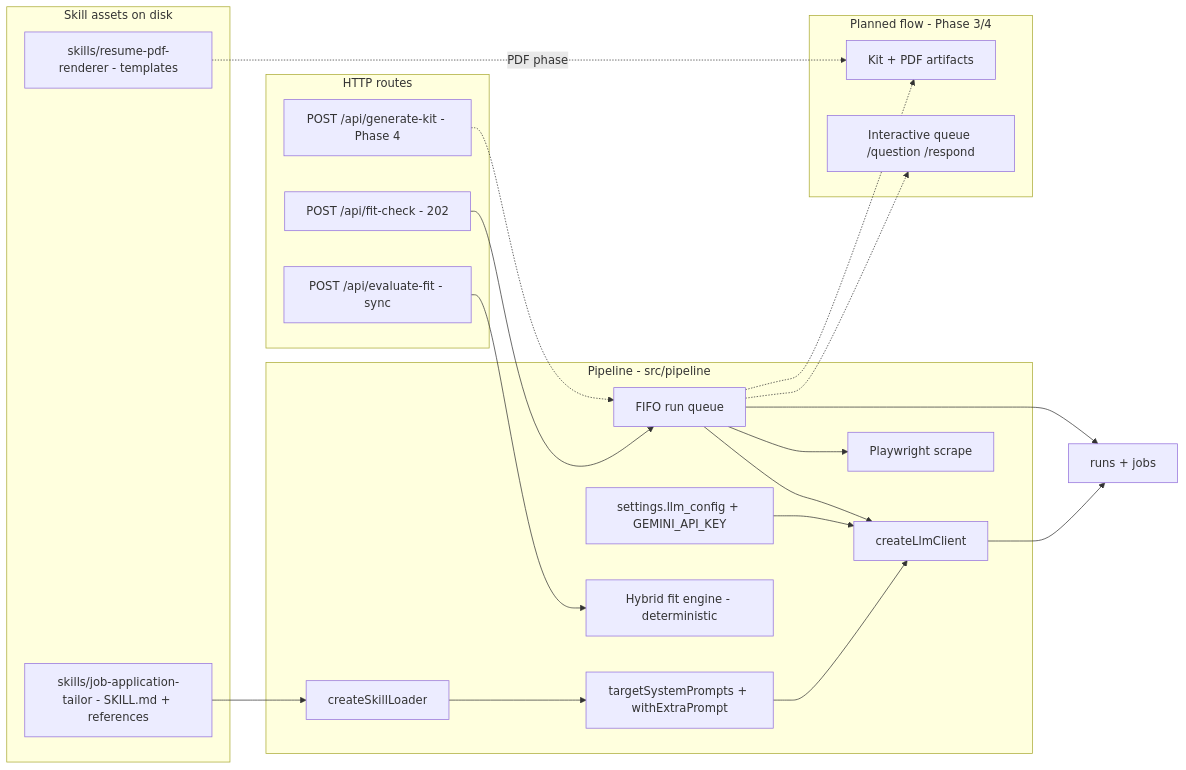
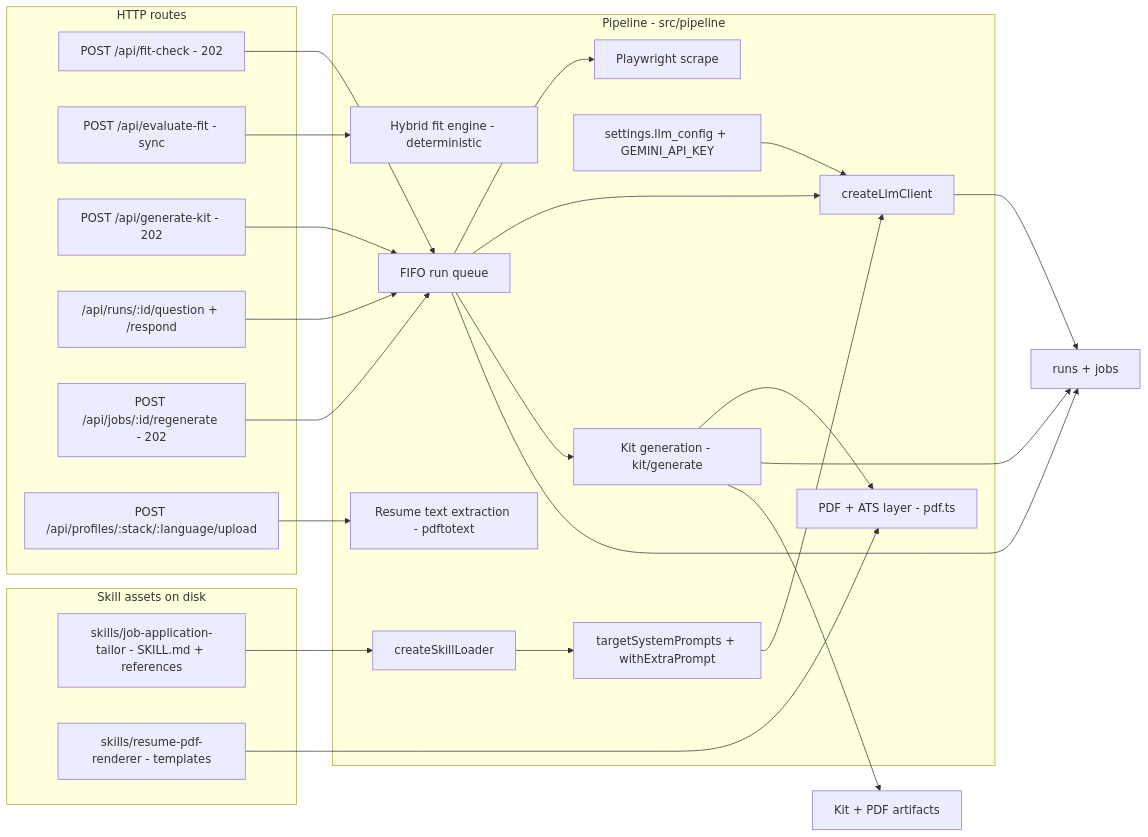
The fifth of 7 diagrams in docs/architecture.md (HDias/job-search), drawn with Mermaid before and after one commit. The commit also changed other lines of this file and 115 other files, not shown here.

````diff
--- a/docs/architecture.md
+++ b/docs/architecture.md
@@ -166,43 +168,49 @@
 ```mermaid
 flowchart LR
   subgraph ASSETS["Skill assets on disk"]
     SKILL["skills/job-application-tailor - SKILL.md + references"]
     TEMPLATES["skills/resume-pdf-renderer - templates"]
   end
 
   subgraph PORT["Pipeline - src/pipeline"]
     LOADER["createSkillLoader"]
     PROMPTS["targetSystemPrompts + withExtraPrompt"]
     CLIENT["createLlmClient"]
     CONFIG["settings.llm_config + GEMINI_API_KEY"]
     FITENGINE["Hybrid fit engine - deterministic"]
     SCRAPE["Playwright scrape"]
     QUEUE["FIFO run queue"]
+    KITGEN["Kit generation - kit/generate"]
+    PDF["PDF + ATS layer - pdf.ts"]
+    RESUME["Resume text extraction - pdftotext"]
   end
 
   subgraph ROUTES["HTTP routes"]
     FIT["POST /api/fit-check - 202"]
     EVAL["POST /api/evaluate-fit - sync"]
-    KIT["POST /api/generate-kit - Phase 4"]
-  end
-
-  subgraph PLANNED["Planned flow - Phase 3/4"]
-    ARTIFACTS["Kit + PDF artifacts"]
-    INTERACTIVE["Interactive queue /question /respond"]
+    KIT["POST /api/generate-kit - 202"]
+    QA["/api/runs/:id/question + /respond"]
+    REGEN["POST /api/jobs/:id/regenerate - 202"]
+    UPLOAD["POST /api/profiles/:stack/:language/upload"]
   end
 
   SKILL --> LOADER
   LOADER --> PROMPTS
   PROMPTS --> CLIENT
   CONFIG --> CLIENT
   FIT --> QUEUE
+  KIT --> QUEUE
+  REGEN --> QUEUE
+  QA --> QUEUE
+  UPLOAD --> RESUME
   QUEUE --> SCRAPE
   QUEUE --> CLIENT
+  QUEUE --> KITGEN
+  KITGEN --> PDF
   EVAL --> FITENGINE
   CLIENT --> STORE["runs + jobs"]
+  KITGEN --> STORE
   QUEUE --> STORE
-  KIT -.-> QUEUE
-  QUEUE -.-> ARTIFACTS
-  QUEUE -.-> INTERACTIVE
-  TEMPLATES -.->|"PDF phase"| ARTIFACTS
+  KITGEN --> ARTIFACTS["Kit + PDF artifacts"]
+  TEMPLATES --> PDF
 ```
````
